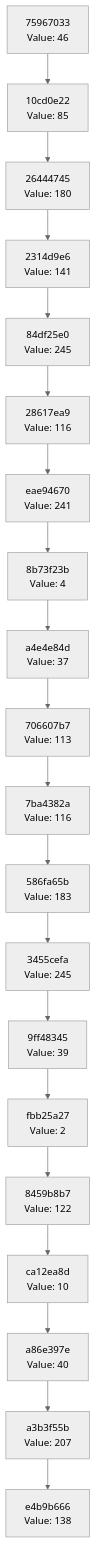
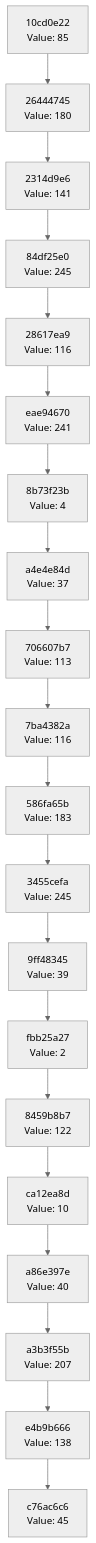
One commit to Abhisheksinha1506/hash-chain-evolver changed the diagram in docs/CHAIN_VISUALIZATION.md. Above: the diagram before and after it, drawn with Mermaid (neutral theme). The commit also changed 2 other files, not shown here.

Commit message:
Evolution step: hash 0x2D → action executed

````diff
--- a/docs/CHAIN_VISUALIZATION.md
+++ b/docs/CHAIN_VISUALIZATION.md
@@ -3,42 +3,42 @@
 ```mermaid
 graph TD
-    C0["e4b9b666<br/>Value: 138"]
-    C1["a3b3f55b<br/>Value: 207"]
+    C0["c76ac6c6<br/>Value: 45"]
+    C1["e4b9b666<br/>Value: 138"]
     C1 --> C0
-    C2["a86e397e<br/>Value: 40"]
+    C2["a3b3f55b<br/>Value: 207"]
     C2 --> C1
-    C3["ca12ea8d<br/>Value: 10"]
+    C3["a86e397e<br/>Value: 40"]
     C3 --> C2
-    C4["8459b8b7<br/>Value: 122"]
+    C4["ca12ea8d<br/>Value: 10"]
     C4 --> C3
-    C5["fbb25a27<br/>Value: 2"]
+    C5["8459b8b7<br/>Value: 122"]
     C5 --> C4
-    C6["9ff48345<br/>Value: 39"]
+    C6["fbb25a27<br/>Value: 2"]
     C6 --> C5
-    C7["3455cefa<br/>Value: 245"]
+    C7["9ff48345<br/>Value: 39"]
     C7 --> C6
-    C8["586fa65b<br/>Value: 183"]
+    C8["3455cefa<br/>Value: 245"]
     C8 --> C7
-    C9["7ba4382a<br/>Value: 116"]
+    C9["586fa65b<br/>Value: 183"]
     C9 --> C8
-    C10["706607b7<br/>Value: 113"]
+    C10["7ba4382a<br/>Value: 116"]
     C10 --> C9
-    C11["a4e4e84d<br/>Value: 37"]
+    C11["706607b7<br/>Value: 113"]
     C11 --> C10
-    C12["8b73f23b<br/>Value: 4"]
+    C12["a4e4e84d<br/>Value: 37"]
     C12 --> C11
-    C13["eae94670<br/>Value: 241"]
+    C13["8b73f23b<br/>Value: 4"]
     C13 --> C12
-    C14["28617ea9<br/>Value: 116"]
+    C14["eae94670<br/>Value: 241"]
     C14 --> C13
-    C15["84df25e0<br/>Value: 245"]
+    C15["28617ea9<br/>Value: 116"]
     C15 --> C14
-    C16["2314d9e6<br/>Value: 141"]
+    C16["84df25e0<br/>Value: 245"]
     C16 --> C15
-    C17["26444745<br/>Value: 180"]
+    C17["2314d9e6<br/>Value: 141"]
     C17 --> C16
-    C18["10cd0e22<br/>Value: 85"]
+    C18["26444745<br/>Value: 180"]
     C18 --> C17
-    C19["75967033<br/>Value: 46"]
+    C19["10cd0e22<br/>Value: 85"]
     C19 --> C18
 ```
````
